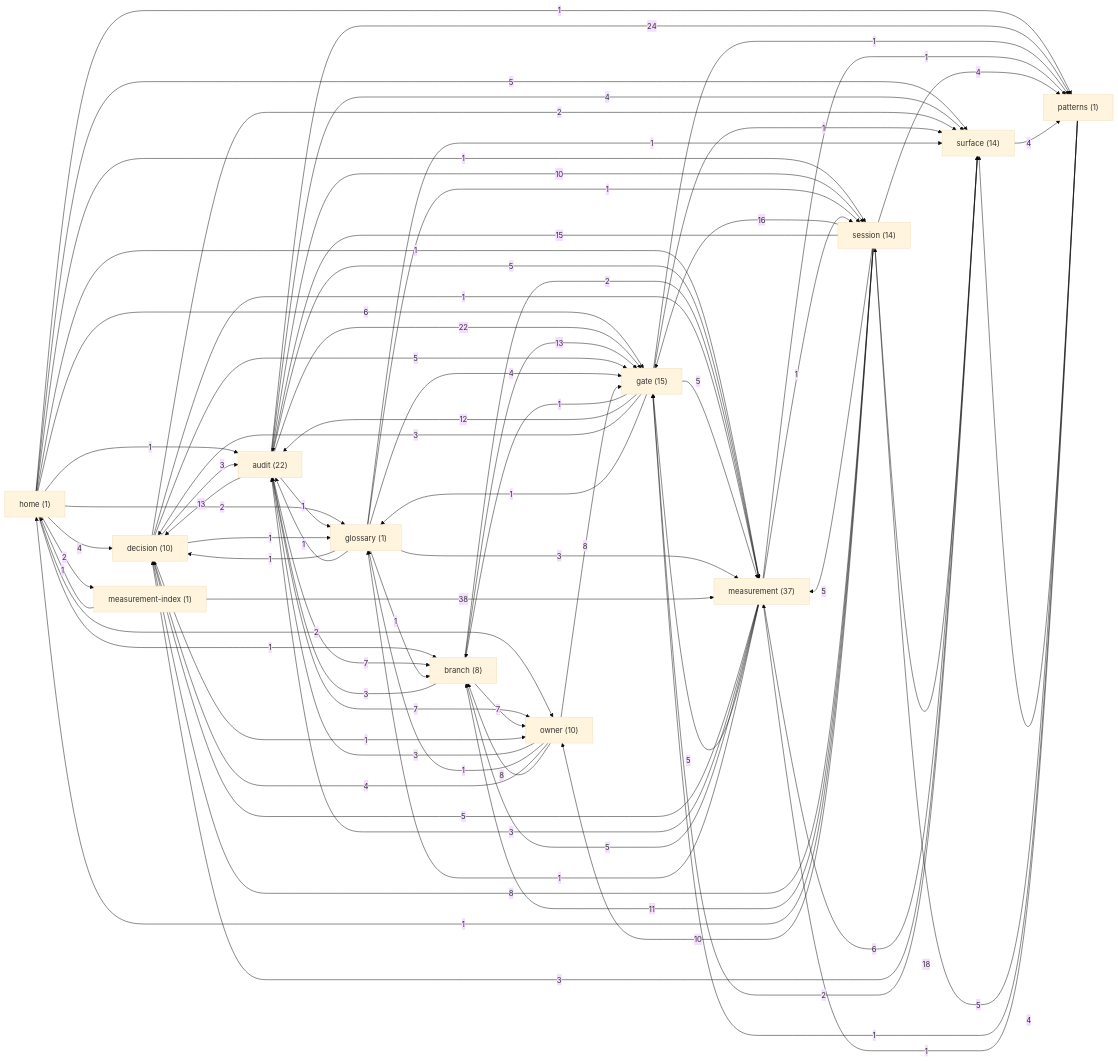
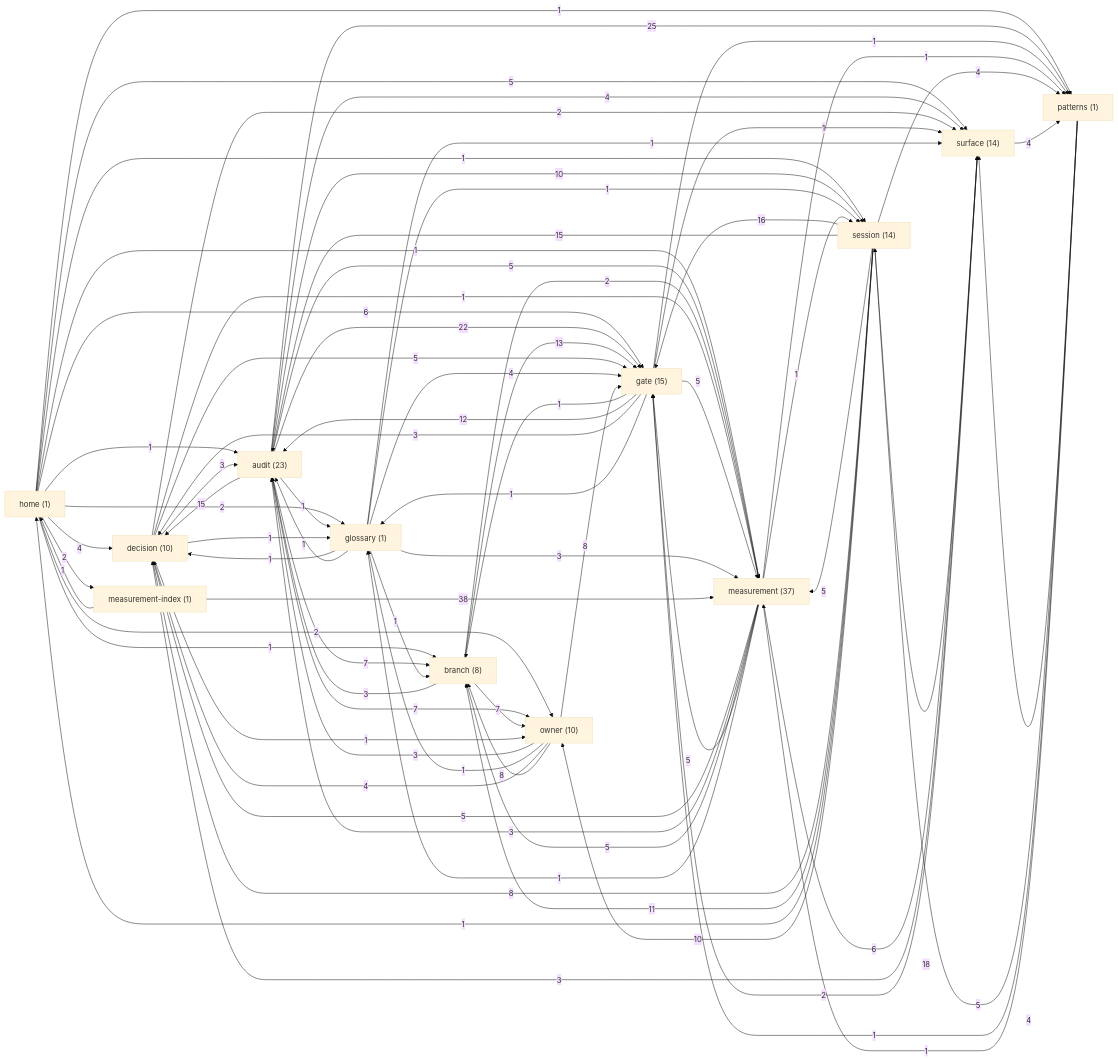
One commit to sergey9519546/STORYMACHINE changed the diagram in docs/brain/GRAPH.md. Above: the diagram before and after it, drawn with Mermaid (base theme). The commit also changed other lines of this file and 3 other files, not shown here.

````diff
--- a/docs/brain/GRAPH.md
+++ b/docs/brain/GRAPH.md
@@ -9,7 +9,7 @@
 ```mermaid
 graph LR
   home["home (1)"]
-  audit["audit (22)"]
+  audit["audit (23)"]
   branch["branch (8)"]
   decision["decision (10)"]
   gate["gate (15)"]
@@ -35,8 +35,8 @@
   audit -->|10| session
   audit -->|7| branch
   audit -->|22| gate
-  audit -->|13| decision
-  audit -->|24| patterns
+  audit -->|15| decision
+  audit -->|25| patterns
   audit -->|7| owner
   audit -->|4| surface
   audit -->|5| measurement
````
